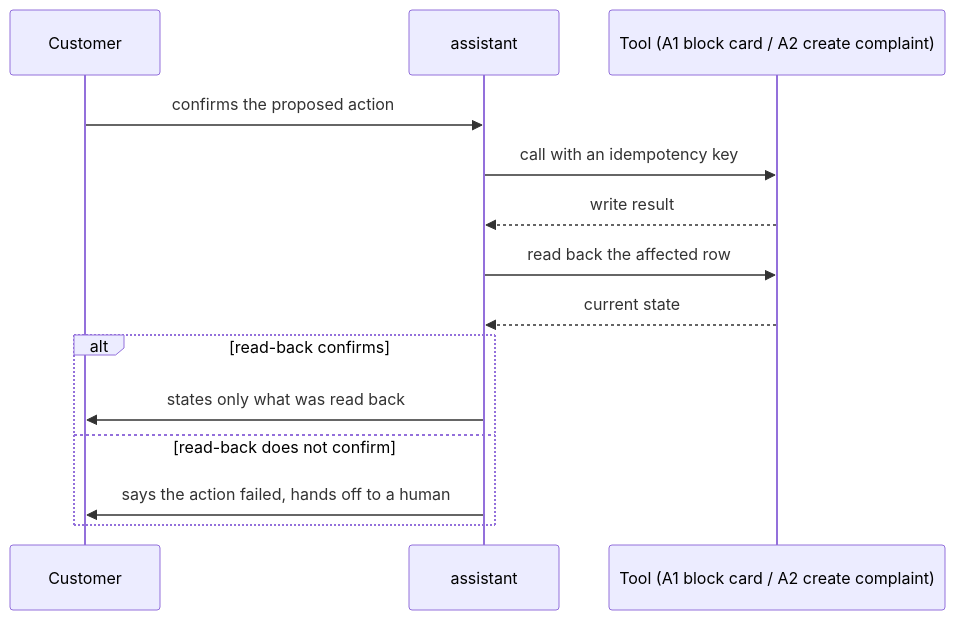
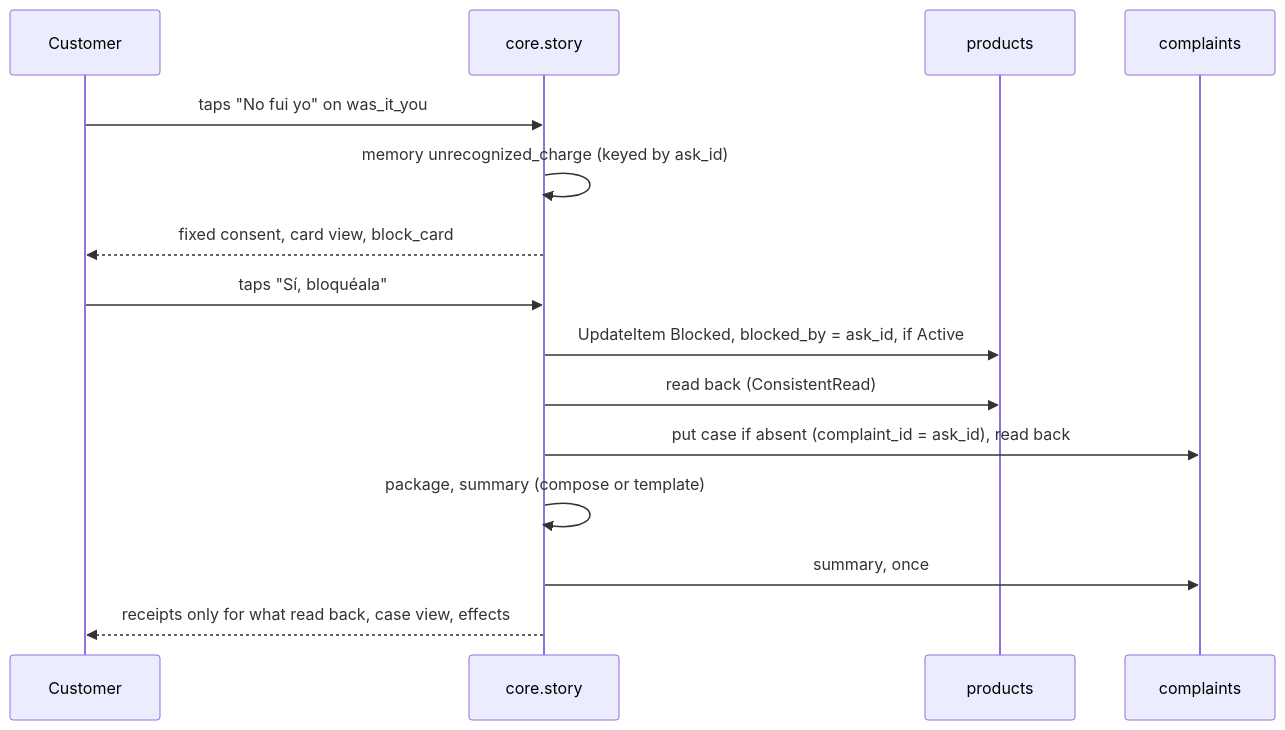
Before and after one commit to Team-ACGS/factored-hackathon-2026-acgs: the second of 2 diagrams in docs/modules/assistant/flows.md, drawn with Mermaid. The commit also changed other lines of this file and 17 other files, not shown here.

````diff
--- a/docs/modules/assistant/flows.md
+++ b/docs/modules/assistant/flows.md
@@ -45,16 +43,17 @@
 ```mermaid
 sequenceDiagram
   participant U as Customer
-  participant E as assistant
-  participant TL as Tool (A1 block card / A2 create complaint)
-  U->>E: confirms the proposed action
-  E->>TL: call with an idempotency key
-  TL-->>E: write result
-  E->>TL: read back the affected row
-  TL-->>E: current state
-  alt read-back confirms
-    E->>U: states only what was read back
-  else read-back does not confirm
-    E->>U: says the action failed, hands off to a human
-  end
+  participant S as core.story
+  participant P as products
+  participant C as complaints
+  U->>S: taps "No fui yo" on was_it_you
+  S->>S: memory unrecognized_charge (keyed by ask_id)
+  S-->>U: fixed consent, card view, block_card
+  U->>S: taps "Sí, bloquéala"
+  S->>P: UpdateItem Blocked, blocked_by = ask_id, if Active
+  S->>P: read back (ConsistentRead)
+  S->>C: put case if absent (complaint_id = ask_id), read back
+  S->>S: package, summary (compose or template)
+  S->>C: summary, once
+  S-->>U: receipts only for what read back, case view, effects
 ```
````
